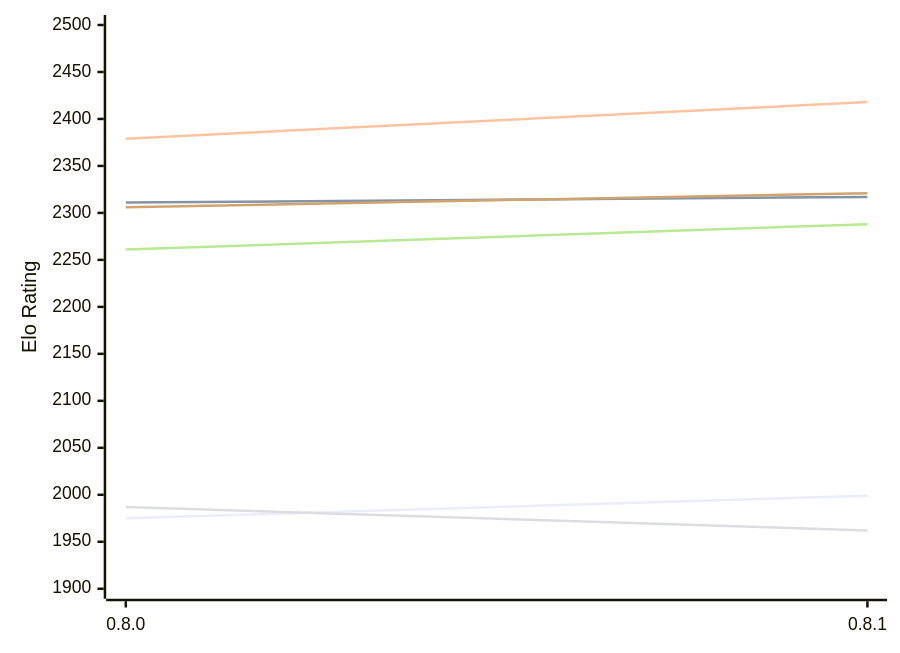
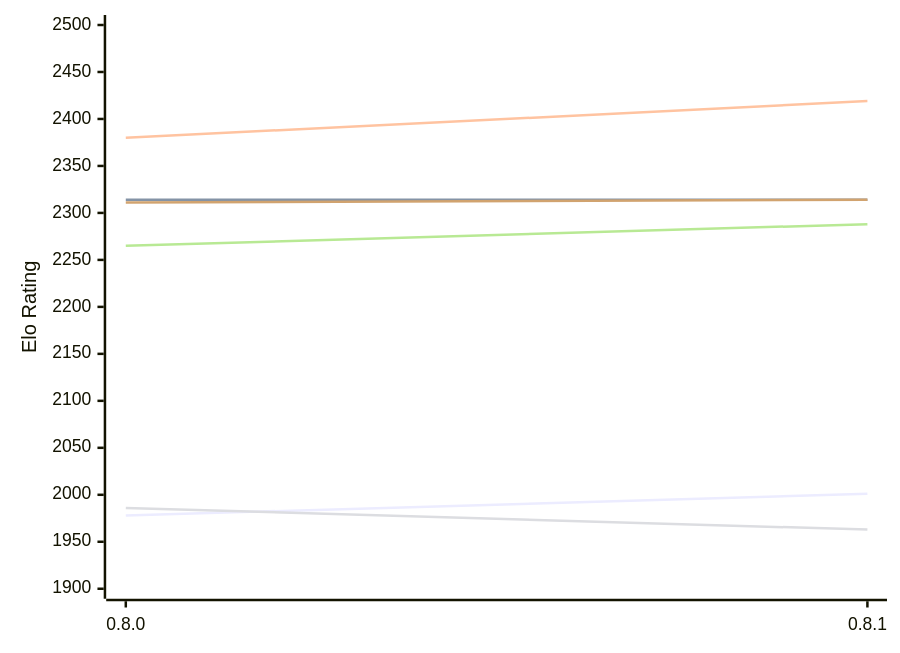
One commit to computer-chess-index/cci changed the diagram in engines/LittleWing.md. Above: the diagram before and after it, drawn with Mermaid. The commit also changed other lines of this file, not shown here.

Commit message:
Update CCI Ratings (ELO VLTC) - 2026-11-16

````diff
--- a/engines/LittleWing.md
+++ b/engines/LittleWing.md
@@ -49,12 +49,12 @@
 ```mermaid
 %%{init: {"theme":"base","themeVariables":{"seriesColors:['#a3a3a3','#222221','#faa371']}}}%%
 xychart-beta
   x-axis ["0.8.0", "0.8.1"]
   y-axis "Elo Rating" 1900 --> 2500
-  line "E1: STC (8.0+0.08s)" [1975, 1999]
-  line "E1: LTC (60.0+0.60s)" [2311, 2317]
-  line "E1: VLTC (2m24s+1.12s)" [2379, 2418]
-  line "P1: STC (8.0+0.08s)" [1987, 1962]
-  line "P1: LTC (60.0+0.60s)" [2261, 2288]
-  line "P1: VLTC (2m24s+1.12s)" [2306, 2321]
+  line "E1: STC (8.0+0.08s)" [1978, 2001]
+  line "E1: LTC (60.0+0.60s)" [2314, 2314]
+  line "E1: VLTC (2m24s+1.12s)" [2380, 2419]
+  line "P1: STC (8.0+0.08s)" [1986, 1963]
+  line "P1: LTC (60.0+0.60s)" [2265, 2288]
+  line "P1: VLTC (2m24s+1.12s)" [2311, 2314]
 ```
````
